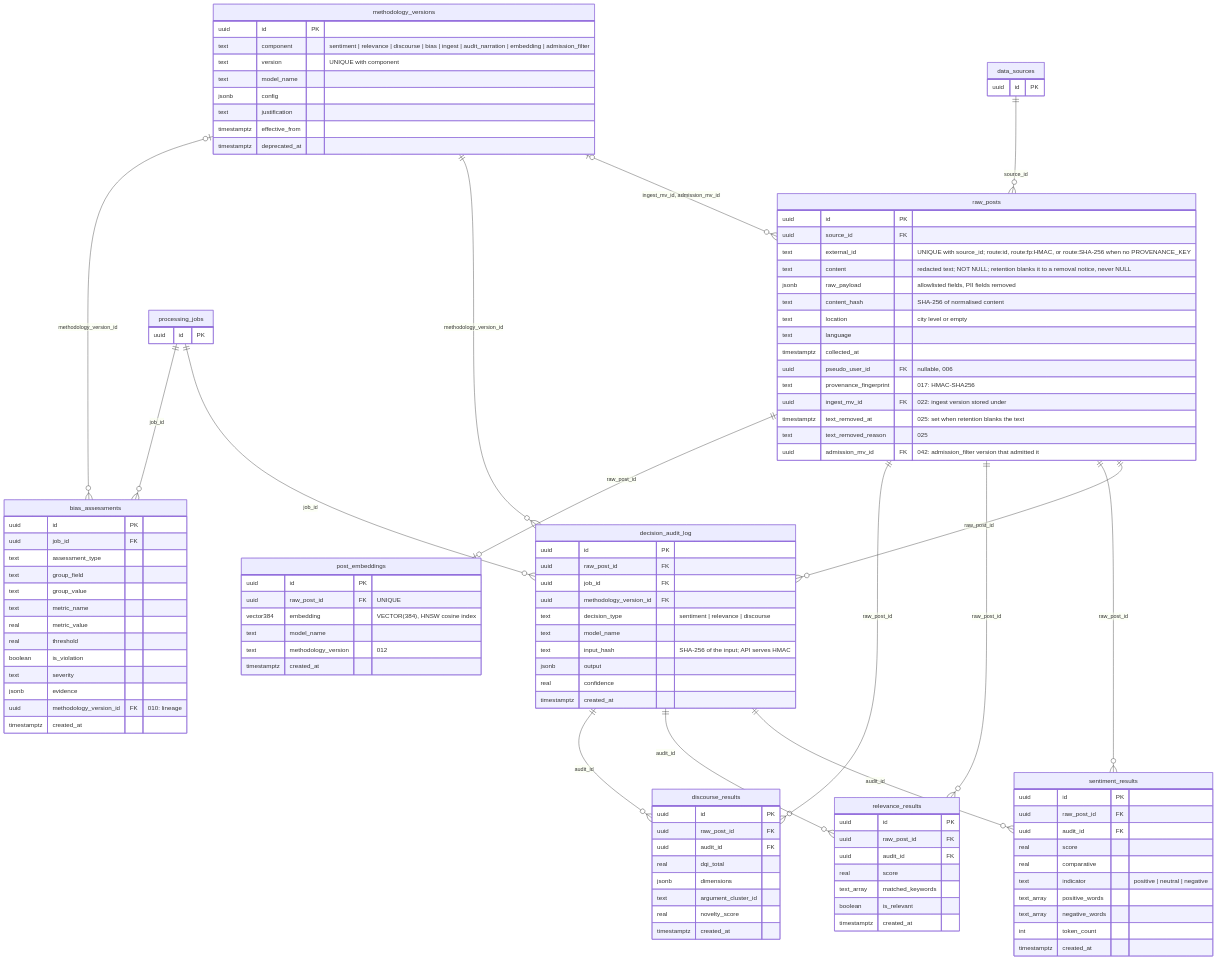
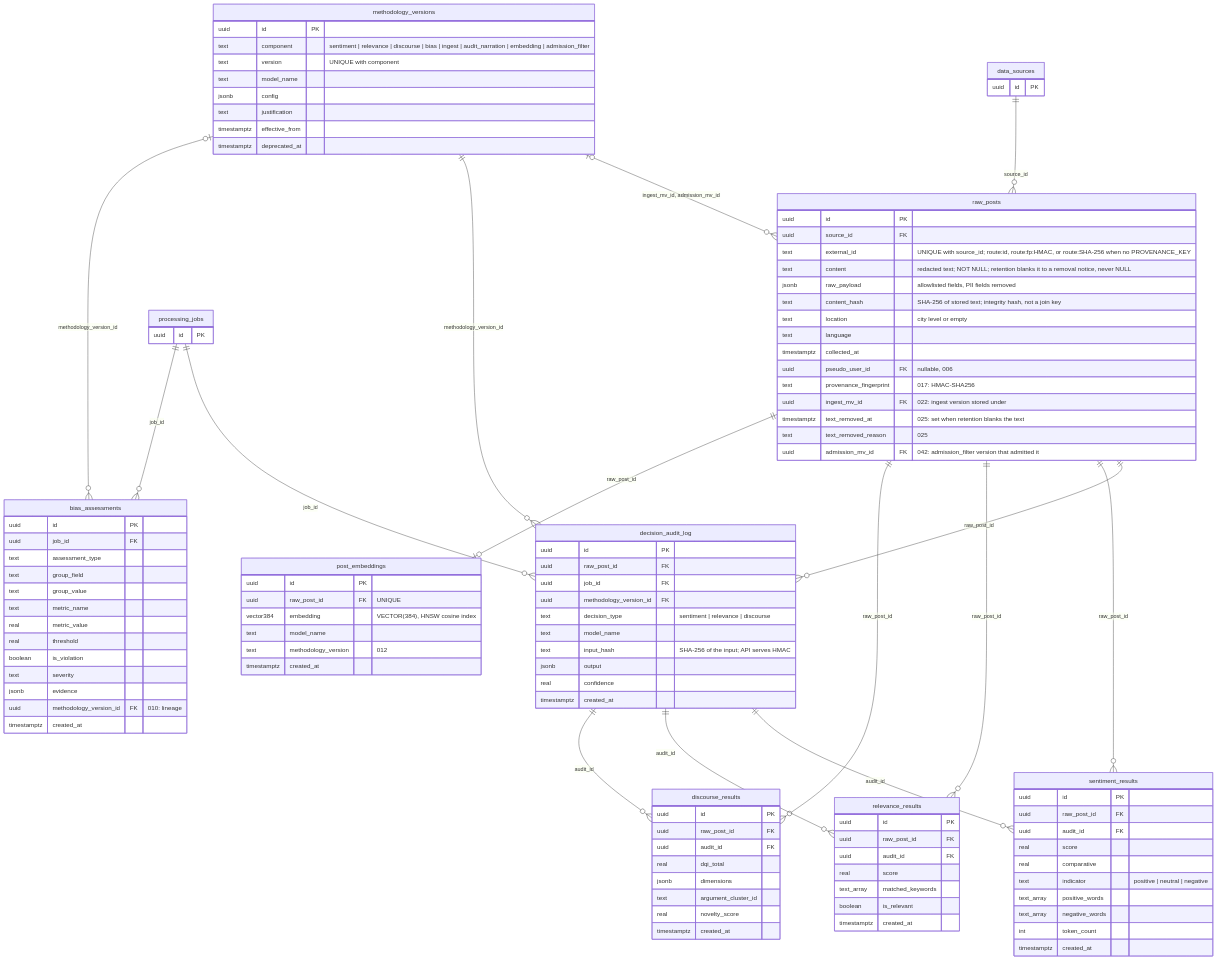
One commit to jennifer-mckinney/pulse-of-ai changed the diagram in docs/diagrams/data/erd-2-posts-scores-audit.mmd. Above: the diagram before and after it, drawn with Mermaid. The commit also changed 25 other files, not shown here.

First line of the commit message:
Reconcile diagrams with #38: ingest@1.8.0, audit_narration@1.4.0, migration 066

```diff
--- a/docs/diagrams/data/erd-2-posts-scores-audit.mmd
+++ b/docs/diagrams/data/erd-2-posts-scores-audit.mmd
@@ -1,128 +1,128 @@
 %% Title: Data model 2 of 4 · posts, scores, audit trail, bias
 %% Summary: The immutable post, its three per-post scores, the decision audit log that ties every score to a registered methodology version, the embedding, and the job-level bias assessments.
 %% Sources: src/db/migrations/001, 002, 003, 004, 006, 010, 012, 017, 022, 025, 042; src/pipeline/ingest.js (insert), src/collectors/retention.js (blanking), src/config/methodology-registry.js (components). The rolling-window bias tables (060) are in data model 4. Spec: TECHNICAL_SPEC.md sections 6 and 10 (the explainability chain). data_sources and processing_jobs are shown with their keys only (full columns in data model 1).
 erDiagram
 
   raw_posts {
     uuid id PK
     uuid source_id FK
     text external_id "UNIQUE with source_id; route:id, route:fp:HMAC, or route:SHA-256 when no PROVENANCE_KEY"
     text content "redacted text; NOT NULL; retention blanks it to a removal notice, never NULL"
     jsonb raw_payload "allowlisted fields, PII fields removed"
-    text content_hash "SHA-256 of normalised content"
+    text content_hash "SHA-256 of stored text; integrity hash, not a join key"
     text location "city level or empty"
     text language
     timestamptz collected_at
     uuid pseudo_user_id FK "nullable, 006"
     text provenance_fingerprint "017: HMAC-SHA256"
     uuid ingest_mv_id FK "022: ingest version stored under"
     timestamptz text_removed_at "025: set when retention blanks the text"
     text text_removed_reason "025"
     uuid admission_mv_id FK "042: admission_filter version that admitted it"
   }
 
   decision_audit_log {
     uuid id PK
     uuid raw_post_id FK
     uuid job_id FK
     uuid methodology_version_id FK
     text decision_type "sentiment | relevance | discourse"
     text model_name
     text input_hash "SHA-256 of the input; API serves HMAC"
     jsonb output
     real confidence
     timestamptz created_at
   }
 
   methodology_versions {
     uuid id PK
     text component "sentiment | relevance | discourse | bias | ingest | audit_narration | embedding | admission_filter"
     text version "UNIQUE with component"
     text model_name
     jsonb config
     text justification
     timestamptz effective_from
     timestamptz deprecated_at
   }
 
   sentiment_results {
     uuid id PK
     uuid raw_post_id FK
     uuid audit_id FK
     real score
     real comparative
     text indicator "positive | neutral | negative"
     text_array positive_words
     text_array negative_words
     int token_count
     timestamptz created_at
   }
 
   relevance_results {
     uuid id PK
     uuid raw_post_id FK
     uuid audit_id FK
     real score
     text_array matched_keywords
     boolean is_relevant
     timestamptz created_at
   }
 
   discourse_results {
     uuid id PK
     uuid raw_post_id FK
     uuid audit_id FK
     real dqi_total
     jsonb dimensions
     text argument_cluster_id
     real novelty_score
     timestamptz created_at
   }
 
   post_embeddings {
     uuid id PK
     uuid raw_post_id FK "UNIQUE"
     vector384 embedding "VECTOR(384), HNSW cosine index"
     text model_name
     text methodology_version "012"
     timestamptz created_at
   }
 
   bias_assessments {
     uuid id PK
     uuid job_id FK
     text assessment_type
     text group_field
     text group_value
     text metric_name
     real metric_value
     real threshold
     boolean is_violation
     text severity
     jsonb evidence
     uuid methodology_version_id FK "010: lineage"
     timestamptz created_at
   }
 
   data_sources {
     uuid id PK
   }
 
   processing_jobs {
     uuid id PK
   }
 
   data_sources ||--o{ raw_posts : "source_id"
   methodology_versions |o--o{ raw_posts : "ingest_mv_id, admission_mv_id"
   raw_posts ||--o{ decision_audit_log : "raw_post_id"
   processing_jobs ||--o{ decision_audit_log : "job_id"
   methodology_versions ||--o{ decision_audit_log : "methodology_version_id"
   raw_posts ||--o{ sentiment_results : "raw_post_id"
   raw_posts ||--o{ relevance_results : "raw_post_id"
   raw_posts ||--o{ discourse_results : "raw_post_id"
   decision_audit_log ||--o{ sentiment_results : "audit_id"
   decision_audit_log ||--o{ relevance_results : "audit_id"
   decision_audit_log ||--o{ discourse_results : "audit_id"
   raw_posts ||--o| post_embeddings : "raw_post_id"
   processing_jobs ||--o{ bias_assessments : "job_id"
   methodology_versions |o--o{ bias_assessments : "methodology_version_id"
```
